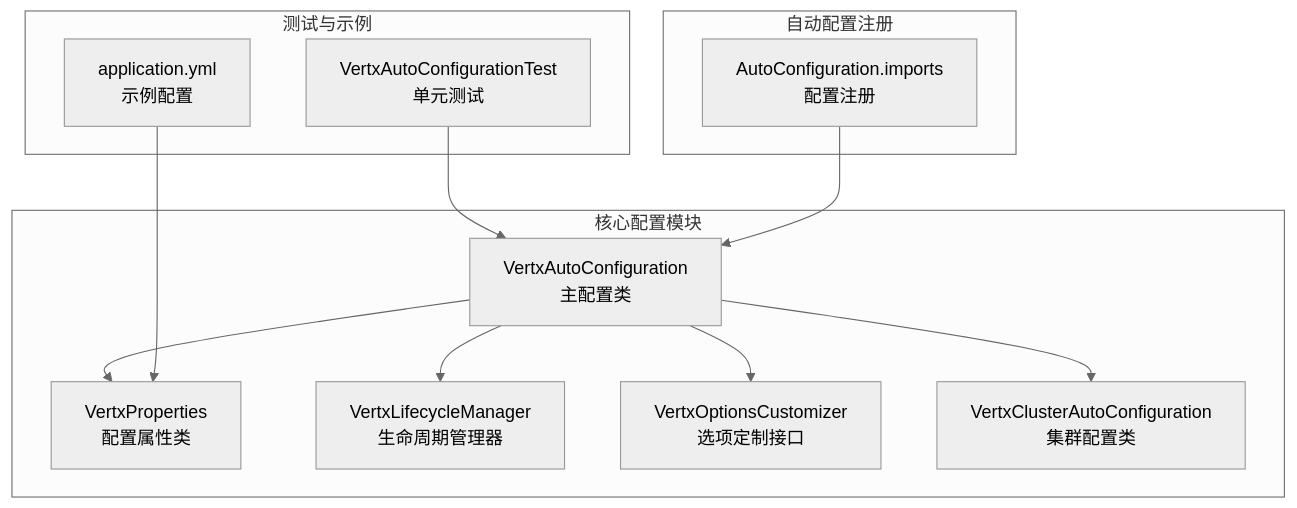
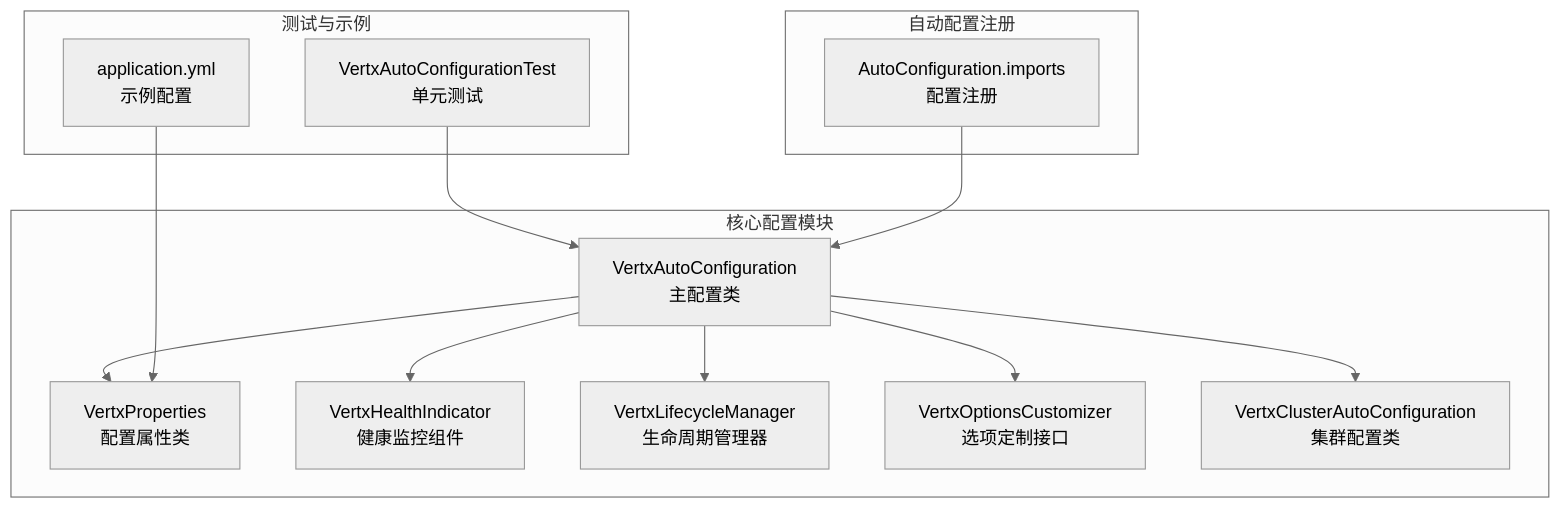
Before and after one commit to ossworker/vertx-starter: the first of 9 diagrams in .qoder/repowiki/zh/content/核心配置模块/核心配置模块.md, drawn with Mermaid (neutral theme). The commit also changed other lines of this file and 7 other files, not shown here.

````diff
--- a/.qoder/repowiki/zh/content/核心配置模块/核心配置模块.md
+++ b/.qoder/repowiki/zh/content/核心配置模块/核心配置模块.md
@@ -38,24 +49,26 @@
 ```mermaid
 graph TB
 subgraph "核心配置模块"
 A[VertxAutoConfiguration<br/>主配置类]
 B[VertxProperties<br/>配置属性类]
-C[VertxLifecycleManager<br/>生命周期管理器]
-D[VertxOptionsCustomizer<br/>选项定制接口]
-E[VertxClusterAutoConfiguration<br/>集群配置类]
+C[VertxHealthIndicator<br/>健康监控组件]
+D[VertxLifecycleManager<br/>生命周期管理器]
+E[VertxOptionsCustomizer<br/>选项定制接口]
+F[VertxClusterAutoConfiguration<br/>集群配置类]
 end
 subgraph "测试与示例"
-F[VertxAutoConfigurationTest<br/>单元测试]
-G[application.yml<br/>示例配置]
+G[VertxAutoConfigurationTest<br/>单元测试]
+H[application.yml<br/>示例配置]
 end
 subgraph "自动配置注册"
-H[AutoConfiguration.imports<br/>配置注册]
+I[AutoConfiguration.imports<br/>配置注册]
 end
 A --> B
 A --> C
 A --> D
 A --> E
-F --> A
-G --> B
-H --> A
+A --> F
+G --> A
+H --> B
+I --> A
 ```
````
